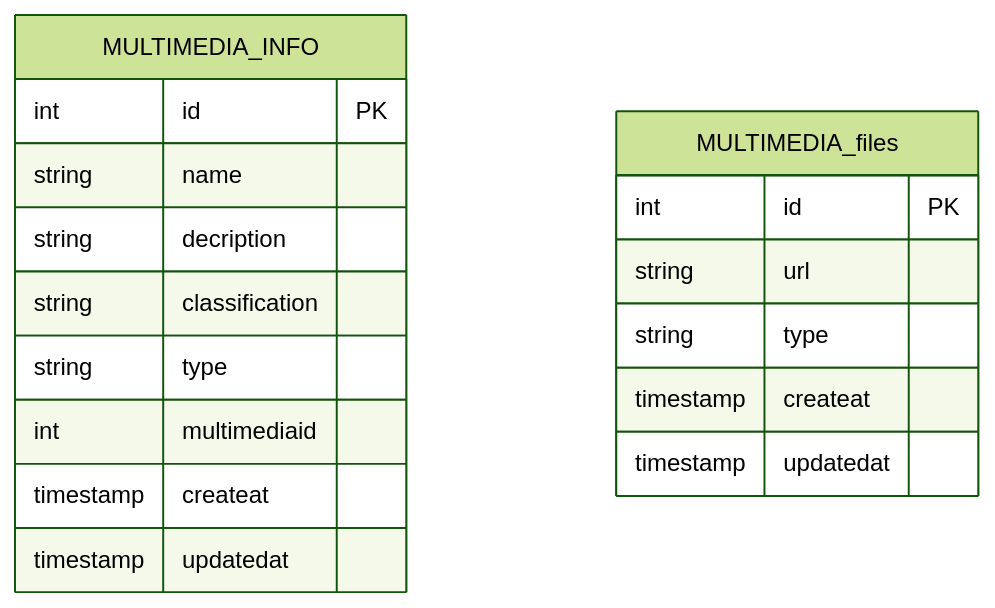
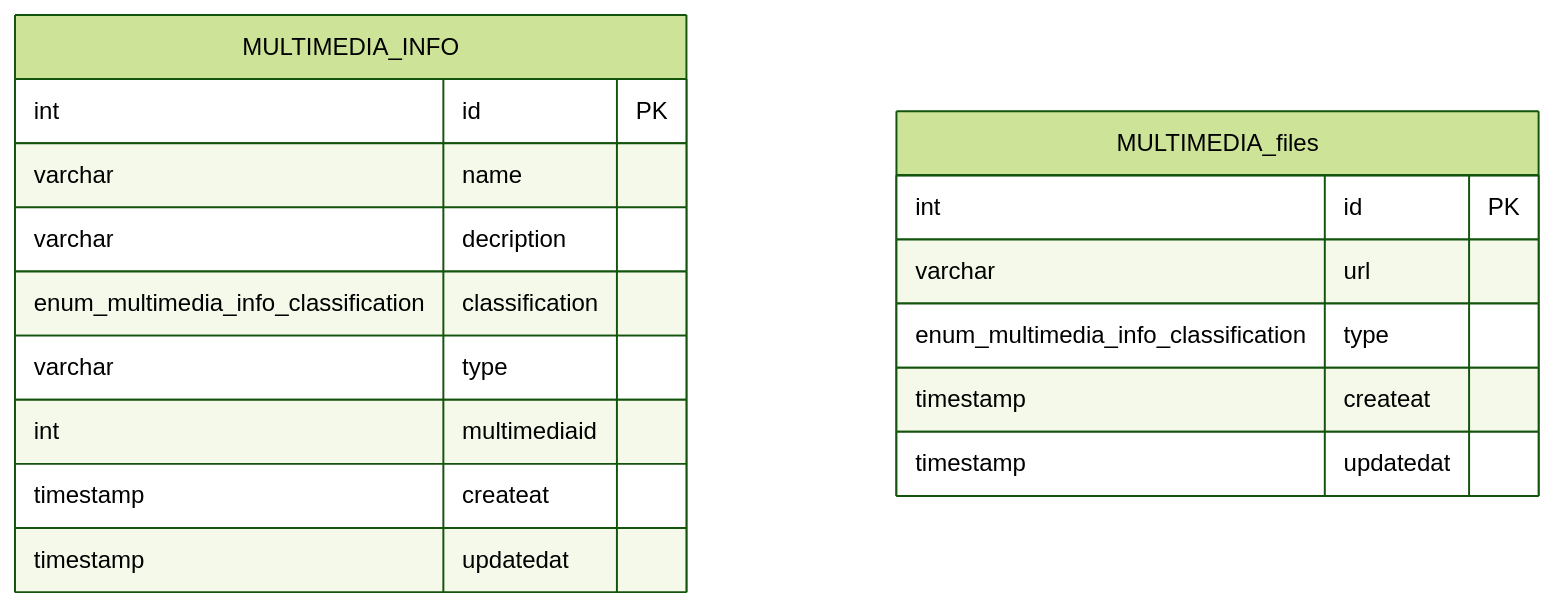
Before and after one commit to jairgonzalez09/fortificaciones_y_obstaculos: the second of 2 diagrams in README.md, drawn with Mermaid (forest theme).

Commit message:
docs: actualizar diagrama entidad-relacion en el README para el modelo de datos MTRR (Tarea #04)

````diff
--- a/README.md
+++ b/README.md
@@ -21,21 +21,21 @@
 ```mermaid
 erDiagram
     MULTIMEDIA_INFO {
         int id PK
-        string name
-        string decription
-        string classification
-        string type
+        varchar name
+        varchar decription
+        enum_multimedia_info_classification classification
+        varchar type
         int multimediaid 
         timestamp createat
         timestamp updatedat
     }
 
     MULTIMEDIA_files {
         int id PK
-        string url
-        string type
+        varchar url
+        enum_multimedia_info_classification type
         timestamp createat
         timestamp updatedat
     }
 ```
````
